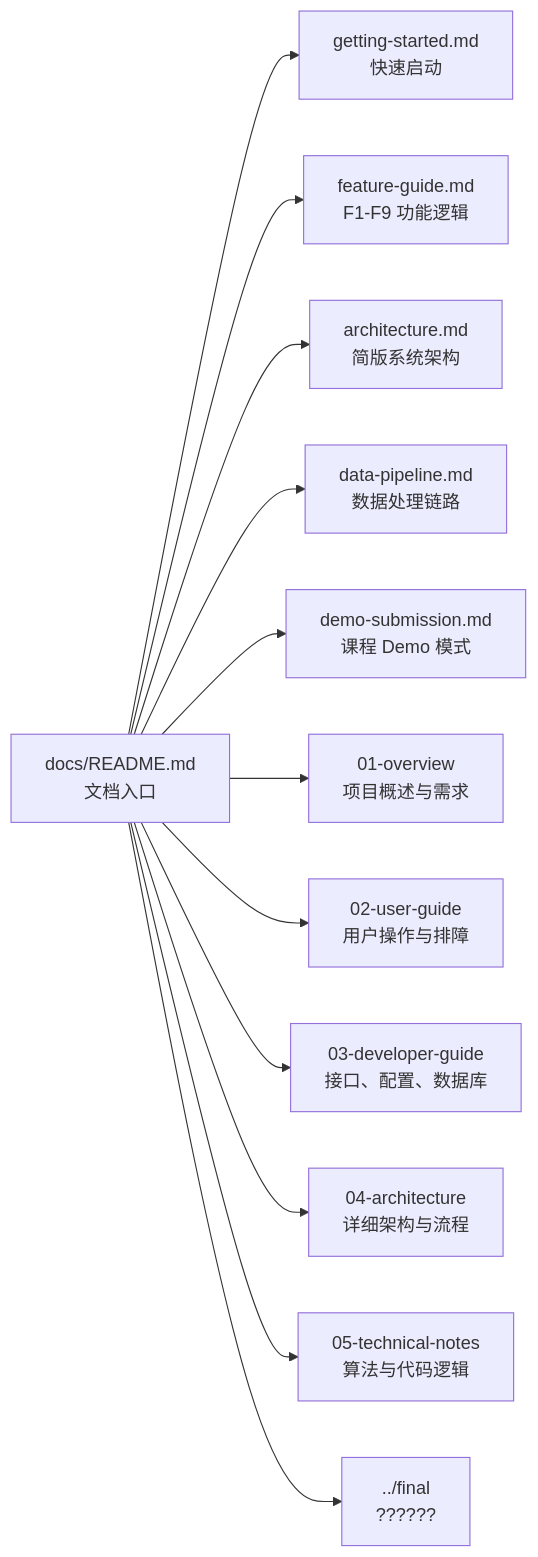
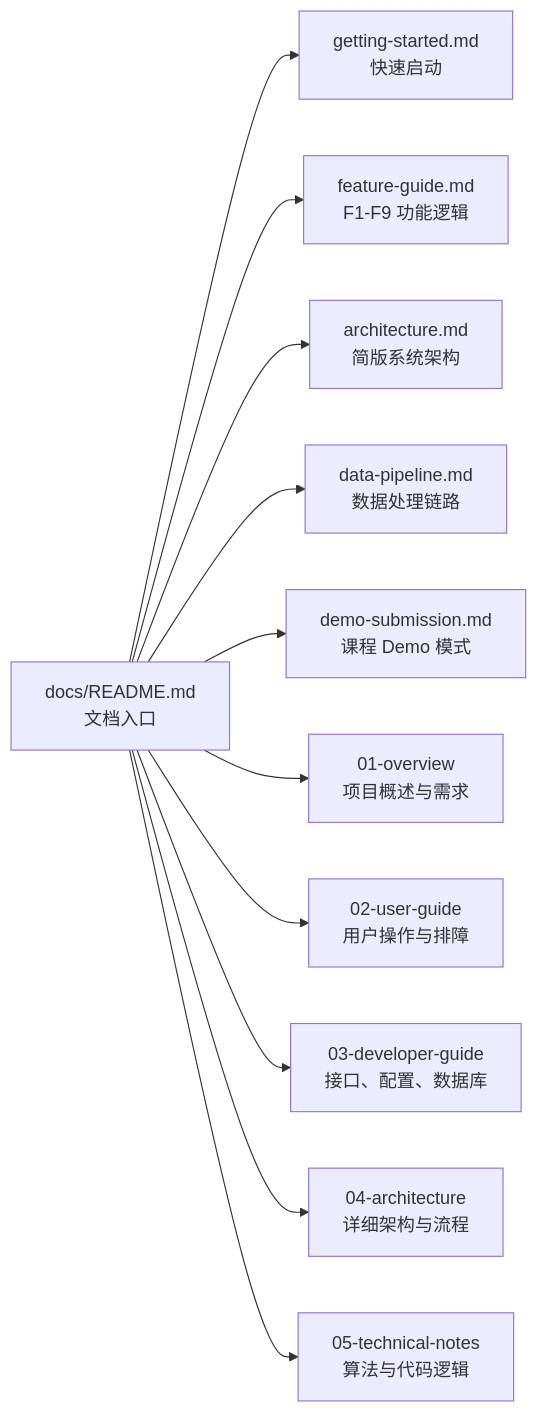
The diagram in docs/README.md (vergissxie/Urban_Taxi_Vis), drawn with Mermaid before and after one commit. The commit also changed other lines of this file and 1 other file, not shown here.

````diff
--- a/docs/README.md
+++ b/docs/README.md
@@ -9,14 +9,13 @@
 ```mermaid
 flowchart LR
   R["docs/README.md<br/>文档入口"] --> G["getting-started.md<br/>快速启动"]
   R --> F["feature-guide.md<br/>F1-F9 功能逻辑"]
   R --> A["architecture.md<br/>简版系统架构"]
   R --> D["data-pipeline.md<br/>数据处理链路"]
   R --> M["demo-submission.md<br/>课程 Demo 模式"]
   R --> O["01-overview<br/>项目概述与需求"]
   R --> U["02-user-guide<br/>用户操作与排障"]
   R --> DEV["03-developer-guide<br/>接口、配置、数据库"]
   R --> ARCH["04-architecture<br/>详细架构与流程"]
   R --> T["05-technical-notes<br/>算法与代码逻辑"]
-  R --> FINAL["../final<br/>??????"]
 ```
````
